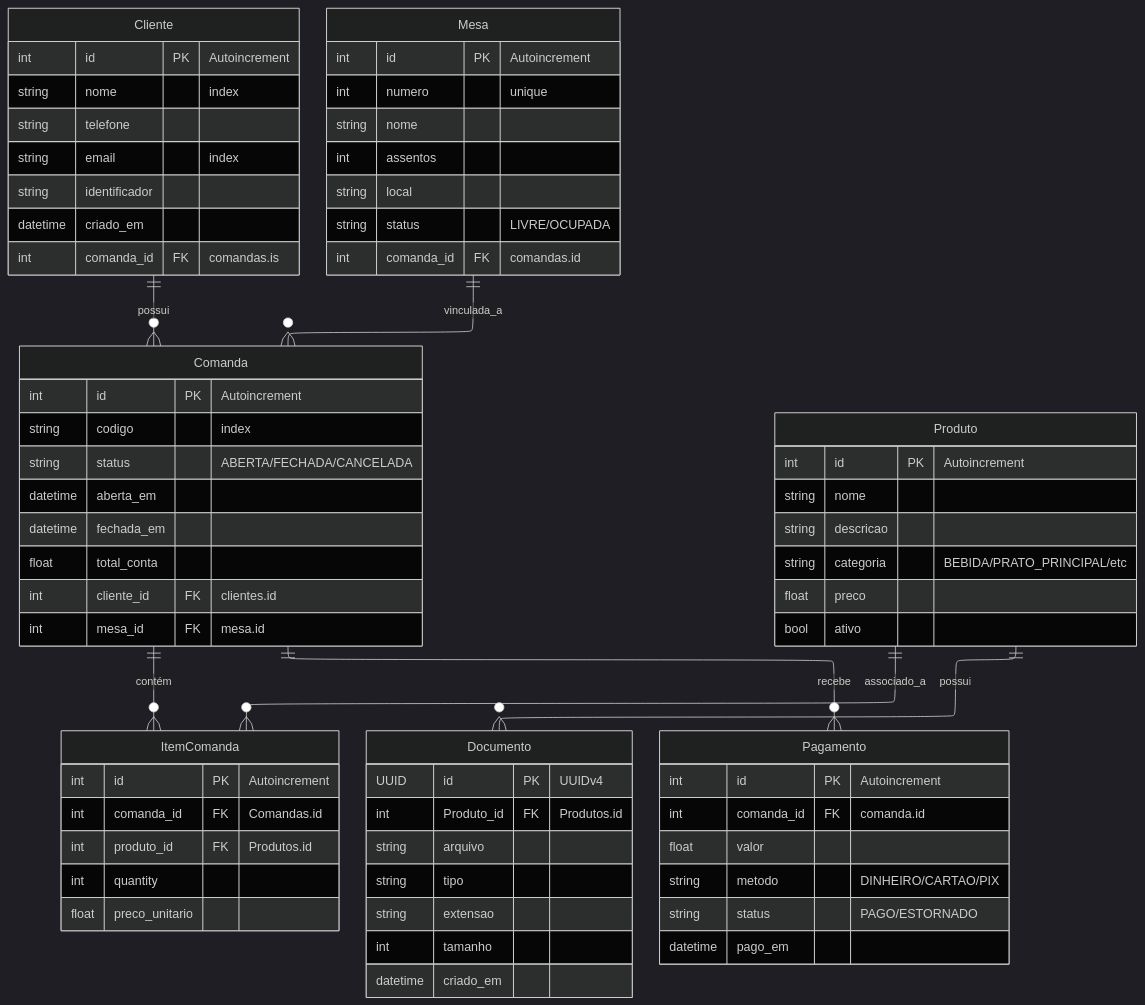
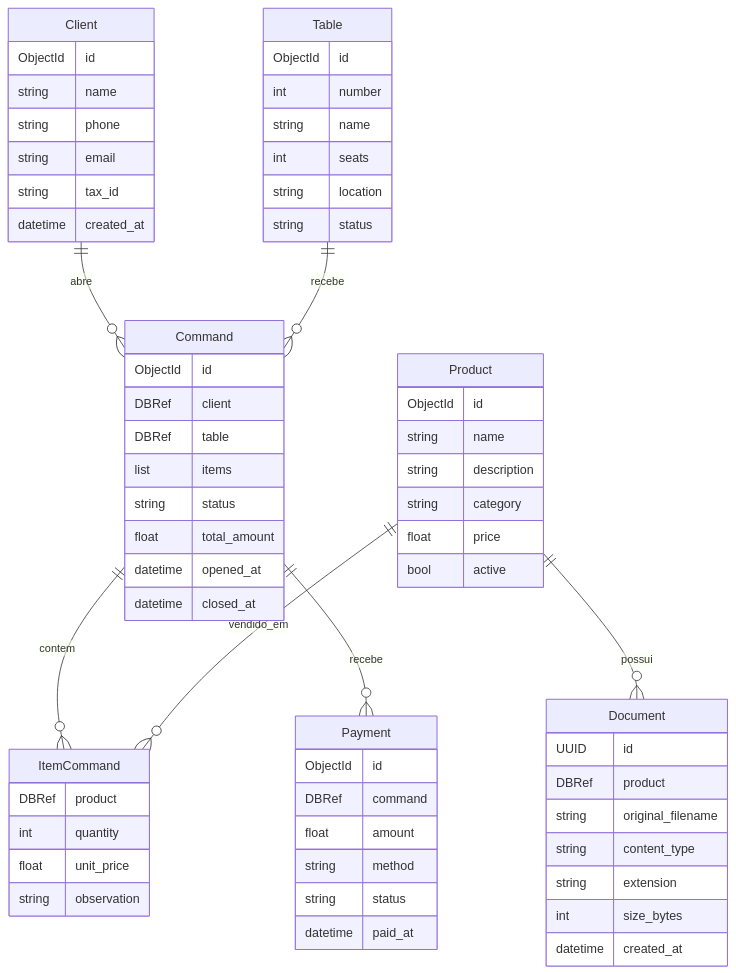
One commit to matheuspaiva1/Sistema-de-comandas changed the diagram in README.md. Above: the diagram before and after it, drawn with Mermaid. The commit also changed other lines of this file and 11 other files, not shown here.

````diff
--- a/README.md
+++ b/README.md
@@ -30,82 +17,73 @@
 ```mermaid
----
-config:
-  layout: elk
-  look: classic
-  theme: dark
----
 erDiagram
-    Cliente ||--o{ Comanda : "possui"
-    Comanda ||--o{ ItemComanda : "contém"
-    Mesa ||--o{ Comanda : "vinculada_a"
-    Produto ||--o{ ItemComanda : "associado_a"
-    Produto ||--o{ Documento : "possui"
-    Comanda ||--o{ Pagamento : "recebe"
+    Client ||--o{ Command : "abre"
+    Table ||--o{ Command : "recebe"
+    Command ||--o{ ItemCommand : "contem"
+    Product ||--o{ ItemCommand : "vendido_em"
+    Product ||--o{ Document : "possui"
+    Command ||--o{ Payment : "recebe"
 
-    Cliente {
-        int id PK "Autoincrement"
-        string nome "index"
-        string telefone
-        string email "index"
-        string identificador
-        datetime criado_em
-        int comanda_id FK "comandas.is"
+    Client {
+        ObjectId id
+        string name
+        string phone
+        string email
+        string tax_id
+        datetime created_at
     }
 
-    Mesa {
-        int id PK "Autoincrement"
-        int numero "unique"
-        string nome
-        int assentos
-        string local
-        string status "LIVRE/OCUPADA"
-        int comanda_id FK "comandas.id"
+    Table {
+        ObjectId id
+        int number
+        string name
+        int seats
+        string location
+        string status
     }
 
-    Comanda {
-        int id PK "Autoincrement"
-        string codigo "index"
-        string status "ABERTA/FECHADA/CANCELADA"
-        datetime aberta_em
-        datetime fechada_em
-        float total_conta
-        int cliente_id FK "clientes.id"
-        int mesa_id FK "mesa.id"
+    Product {
+        ObjectId id
+        string name
+        string description
+        string category
+        float price
+        bool active
     }
 
-    ItemComanda {
-        int id PK "Autoincrement"
-        int comanda_id FK "Comandas.id"
-        int produto_id FK "Produtos.id"
-        int quantity
-        float preco_unitario
+    Command {
+        ObjectId id
+        DBRef client
+        DBRef table
+        list items
+        string status
+        float total_amount
+        datetime opened_at
+        datetime closed_at
     }
 
-    Produto {
-        int id PK "Autoincrement"
-        string nome
-        string descricao
-        string categoria "BEBIDA/PRATO_PRINCIPAL/etc"
-        float preco
-        bool ativo
+    ItemCommand {
+        DBRef product
+        int quantity
+        float unit_price
+        string observation
     }
 
-    Documento {
-        UUID id PK "UUIDv4"
-        int Produto_id FK "Produtos.id"
-        string arquivo
-        string tipo
-        string extensao
-        int tamanho
-        datetime criado_em
+    Payment {
+        ObjectId id
+        DBRef command
+        float amount
+        string method
+        string status
+        datetime paid_at
     }
 
-    Pagamento {
-        int id PK "Autoincrement"
-        int comanda_id FK "comanda.id"
-        float valor
-        string metodo "DINHEIRO/CARTAO/PIX"
-        string status "PAGO/ESTORNADO"
-        datetime pago_em
+    Document {
+        UUID id
+        DBRef product
+        string original_filename
+        string content_type
+        string extension
+        int size_bytes
+        datetime created_at
     }
 ```
````
